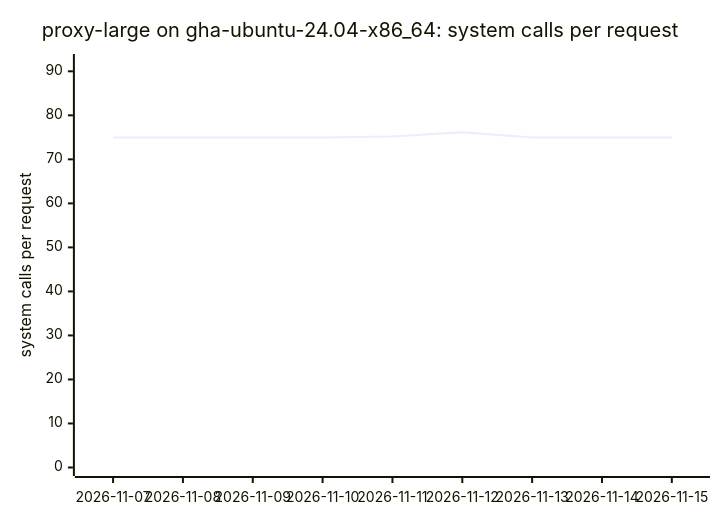
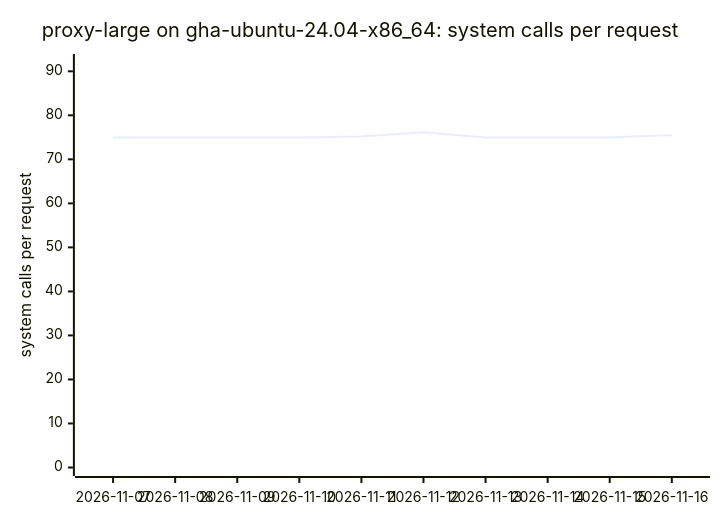
One commit to ThePixelPilgrim/durchlauferhitzer changed diagram 15 of 18 in BENCHMARKS.md. Above: the diagram before and after it, drawn with Mermaid. The commit also changed other lines of this file and 1 other file, not shown here.

````diff
--- a/BENCHMARKS.md
+++ b/BENCHMARKS.md
@@ -168,7 +168,7 @@
 ```mermaid
 xychart-beta
   title "proxy-large on gha-ubuntu-24.04-x86_64: system calls per request"
-  x-axis ["2026-11-07", "2026-11-08", "2026-11-09", "2026-11-10", "2026-11-11", "2026-11-12", "2026-11-13", "2026-11-14", "2026-11-15"]
+  x-axis ["2026-11-07", "2026-11-08", "2026-11-09", "2026-11-10", "2026-11-11", "2026-11-12", "2026-11-13", "2026-11-14", "2026-11-15", "2026-11-16"]
   y-axis "system calls per request" 0 --> 92
-  line [74.97, 74.98, 74.98, 74.97, 75.19, 76.18, 74.97, 74.97, 74.98]
+  line [74.97, 74.98, 74.98, 74.97, 75.19, 76.18, 74.97, 74.97, 74.98, 75.49]
 ```
````
